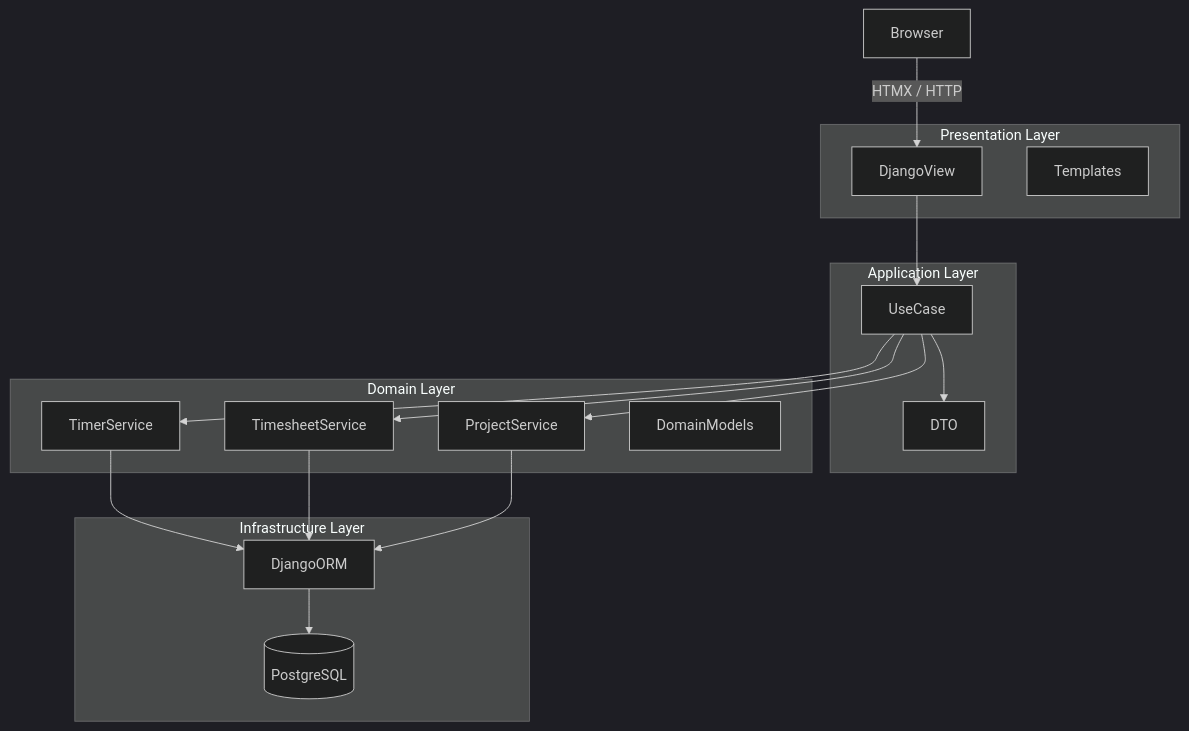
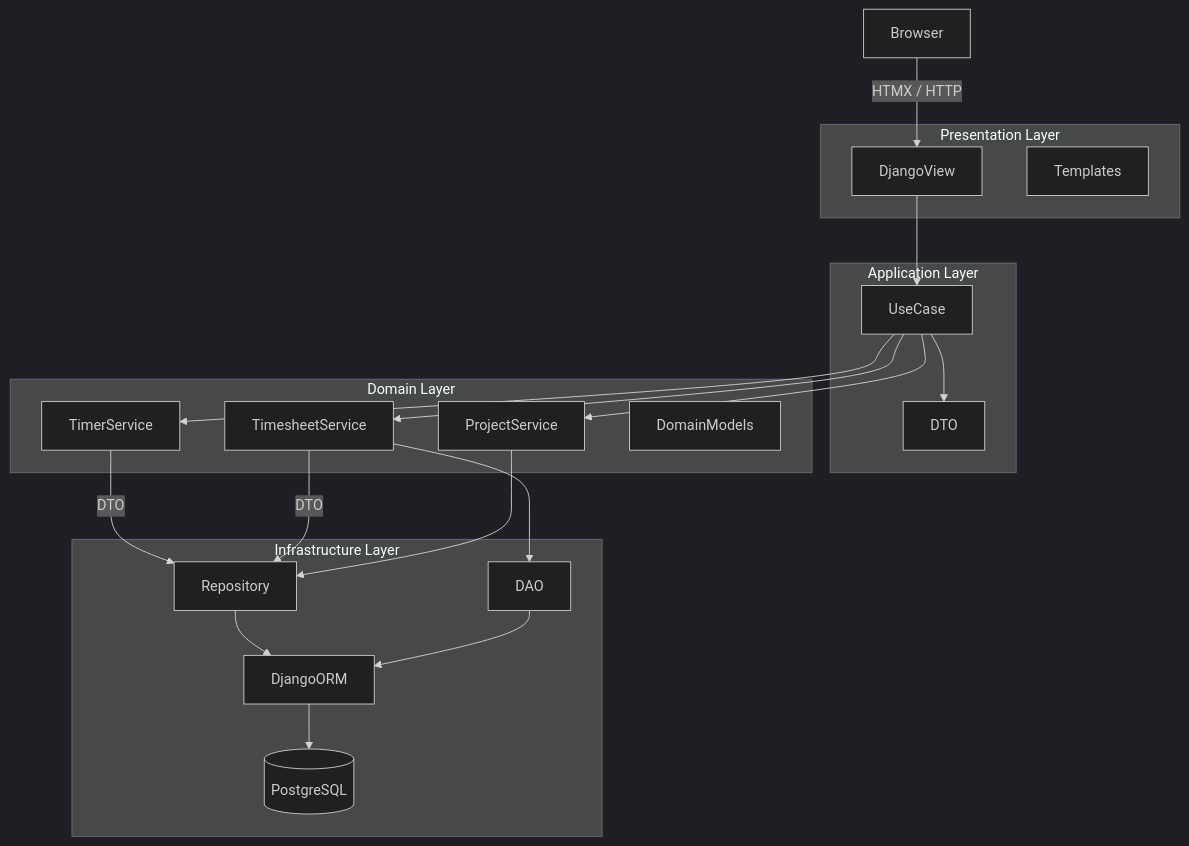
One commit to matheusses/time-tracking changed the diagram in docs/adr/architectural_decision.md. Above: the diagram before and after it, drawn with Mermaid (dark theme). The commit also changed other lines of this file and 30 other files, not shown here.

First line of the commit message:
Refactor ProjectService and TimerService for repository-based persistence

````diff
--- a/docs/adr/architectural_decision.md
+++ b/docs/adr/architectural_decision.md
@@ -29,39 +29,44 @@
 ``` mermaid
 flowchart TD
 
     Browser -->|HTMX / HTTP| DjangoView
 
     subgraph Presentation Layer
         DjangoView
         Templates
     end
 
     subgraph Application Layer
         UseCase
         DTO
     end
 
     subgraph Domain Layer
         TimerService
         TimesheetService
         ProjectService
         DomainModels
     end
 
     subgraph Infrastructure Layer
+        Repo[Repository]
+        DAO[DAO]
         DjangoORM
         PostgreSQL[(PostgreSQL)]
     end
 
     DjangoView --> UseCase
     UseCase --> DTO
     UseCase --> TimerService
     UseCase --> TimesheetService
     UseCase --> ProjectService
 
-    TimerService --> DjangoORM
-    TimesheetService --> DjangoORM
-    ProjectService --> DjangoORM
+    TimerService -->|DTO| Repo
+    TimesheetService -->|DTO| Repo
+    TimesheetService --> DAO
+    ProjectService --> Repo
 
+    Repo --> DjangoORM
+    DAO --> DjangoORM
     DjangoORM --> PostgreSQL
 ```
````
